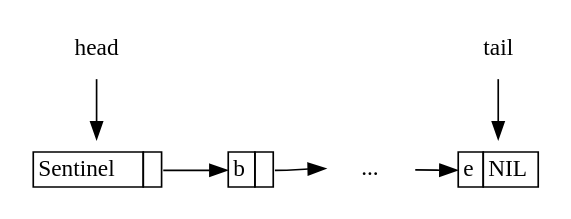
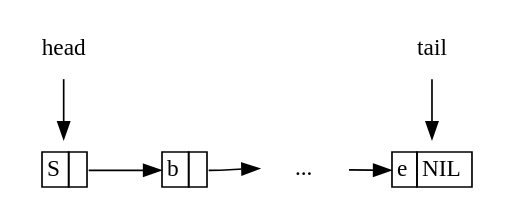
One commit to liuxinyu95/AlgoXY changed the diagram in datastruct/elementary/queue/img/deq-list-after.dot. Above: the diagram before and after it, drawn with Graphviz. The commit also changed 6 other files, not shown here.

```diff
--- a/datastruct/elementary/queue/img/deq-list-after.dot
+++ b/datastruct/elementary/queue/img/deq-list-after.dot
@@ -1,19 +1,19 @@
 digraph G{
 	margin="0"
 	node[shape=plaintext]
 	S[label=<<table BORDER="0" CELLBORDER="1" CELLSPACING="0">
-      <tr><td>Sentinel</td><td port="next"> </td></tr></table>>];
+      <tr><td>S</td><td port="next"> </td></tr></table>>];
 	q2[label=<<table BORDER="0" CELLBORDER="1" CELLSPACING="0">
        <tr><td port="key">b</td><td port="next"> </td></tr></table>>];
 	qi[shape=plaintext, label="..."];
 	qt[label=<<table BORDER="0" CELLBORDER="1" CELLSPACING="0">
        <tr><td port="key">e</td><td port="next">NIL</td></tr></table>>];
 	head[shape=plaintext];
 	tail[shape=plaintext];
 	head->S;
 	S:next -> q2:key;
 	q2:next -> qi:w;
 	qi->qt:key;
 	tail->qt;
 	{rank=same S q2 qi qt}
 }
```
